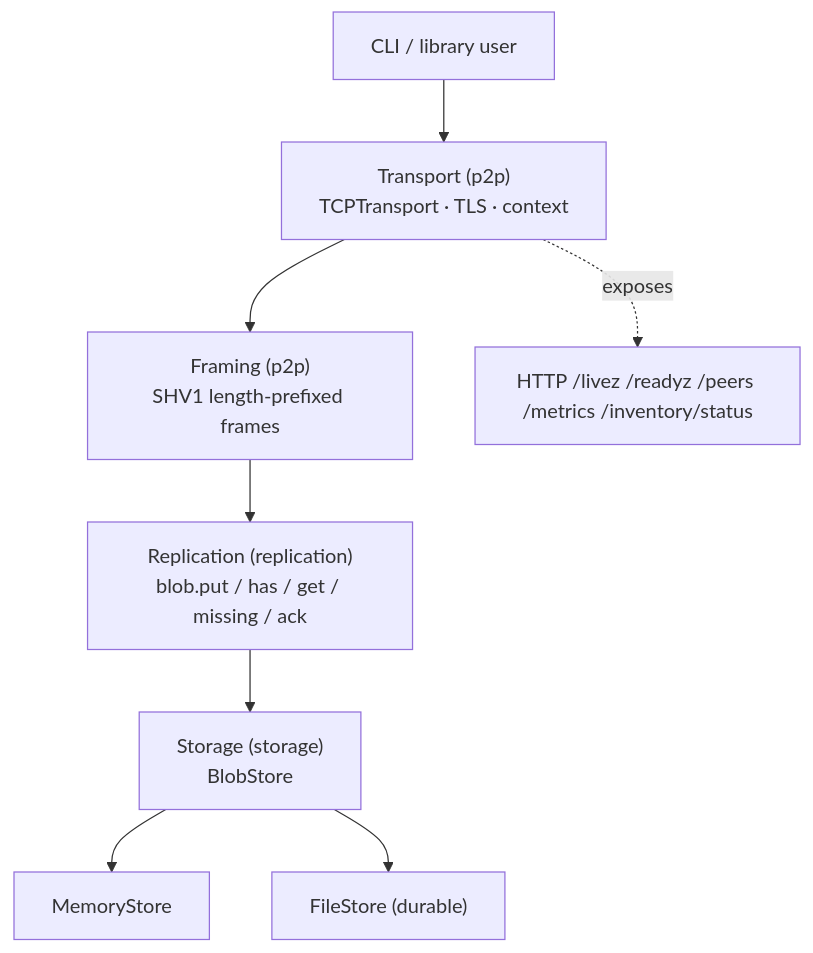
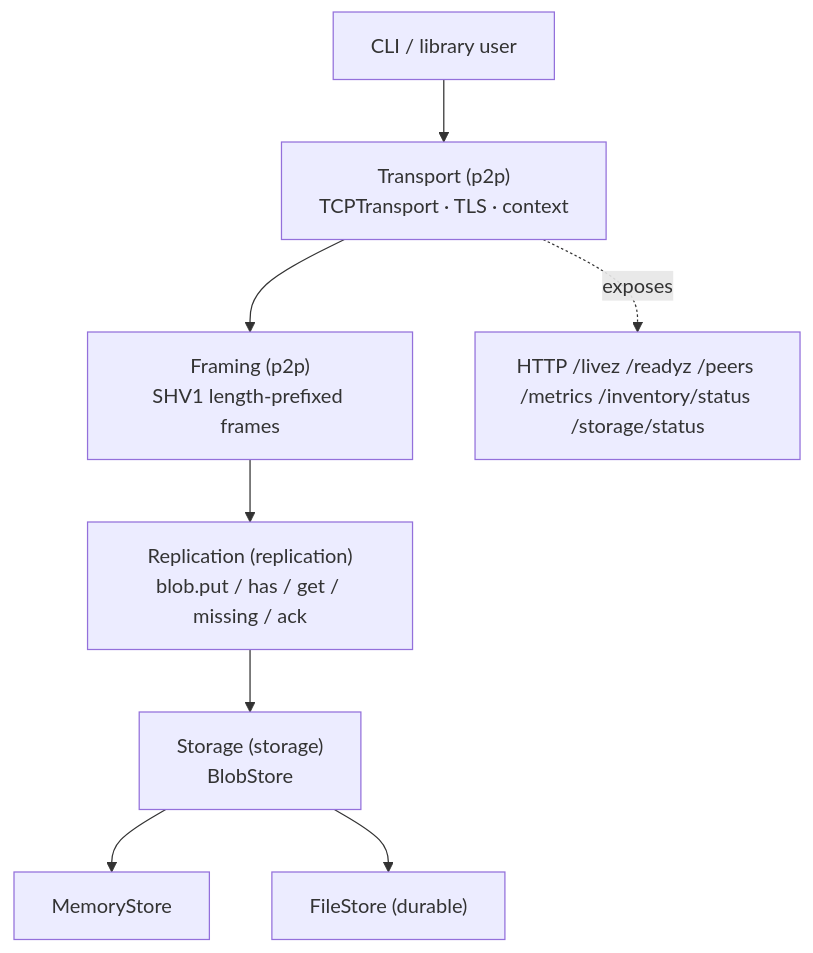
One commit to AliSinaDevelo/StreamHive changed the first of 4 diagrams in docs/ARCHITECTURE.md. Above: the diagram before and after it, drawn with Mermaid. The commit also changed other lines of this file and 5 other files, not shown here.

Commit message:
docs(integrity): document storage status contract

````diff
--- a/docs/ARCHITECTURE.md
+++ b/docs/ARCHITECTURE.md
@@ -7,10 +7,10 @@
 ```mermaid
 flowchart TD
   cli["CLI / library user"] --> tr["Transport (p2p)<br/>TCPTransport · TLS · context"]
   tr --> fr["Framing (p2p)<br/>SHV1 length-prefixed frames"]
   fr --> rep["Replication (replication)<br/>blob.put / has / get / missing / ack"]
   rep --> st["Storage (storage)<br/>BlobStore"]
   st --> mem["MemoryStore"]
   st --> file["FileStore (durable)"]
-  tr -. exposes .-> health["HTTP /livez /readyz /peers /metrics /inventory/status"]
+  tr -. exposes .-> health["HTTP /livez /readyz /peers /metrics /inventory/status /storage/status"]
 ```
````
